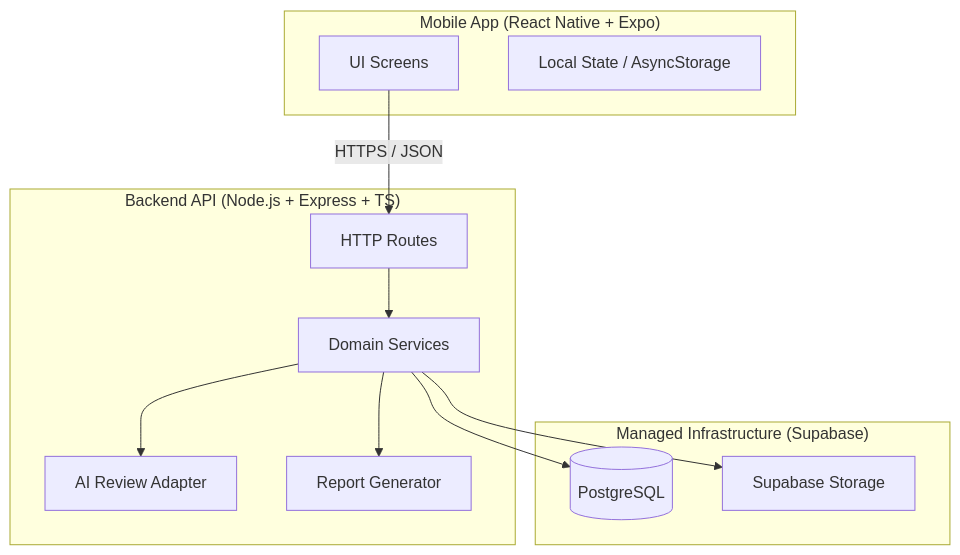
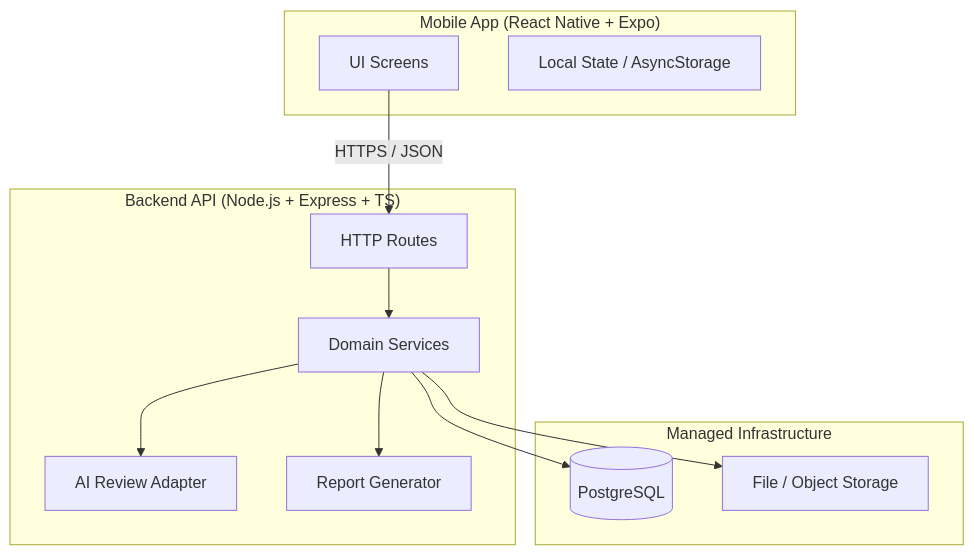
The first of 4 diagrams in _bmad-output/planning-artifacts/architecture/architecture-IdeoTrack-2026-06-22/ARCHITECTURE-SPINE.md (1797127235/IdeoTrack), drawn with Mermaid before and after one commit. The commit also changed other lines of this file and 19 other files, not shown here.

````diff
--- a/_bmad-output/planning-artifacts/architecture/architecture-IdeoTrack-2026-06-22/ARCHITECTURE-SPINE.md
+++ b/_bmad-output/planning-artifacts/architecture/architecture-IdeoTrack-2026-06-22/ARCHITECTURE-SPINE.md
@@ -34,23 +34,23 @@
 ```mermaid
 flowchart TB
     subgraph Mobile["Mobile App (React Native + Expo)"]
         UI[UI Screens]
         Store[Local State / AsyncStorage]
     end
     subgraph API["Backend API (Node.js + Express + TS)"]
         Routes[HTTP Routes]
         Services[Domain Services]
         LLM[AI Review Adapter]
         Jobs[Report Generator]
     end
-    subgraph Infra["Managed Infrastructure (Supabase)"]
+    subgraph Infra["Managed Infrastructure"]
         PG[(PostgreSQL)]
-        S3[Supabase Storage]
+        S3[File / Object Storage]
     end
     UI -->|HTTPS / JSON| Routes
     Routes --> Services
     Services --> PG
     Services --> S3
     Services --> LLM
     Services --> Jobs
 ```
````
